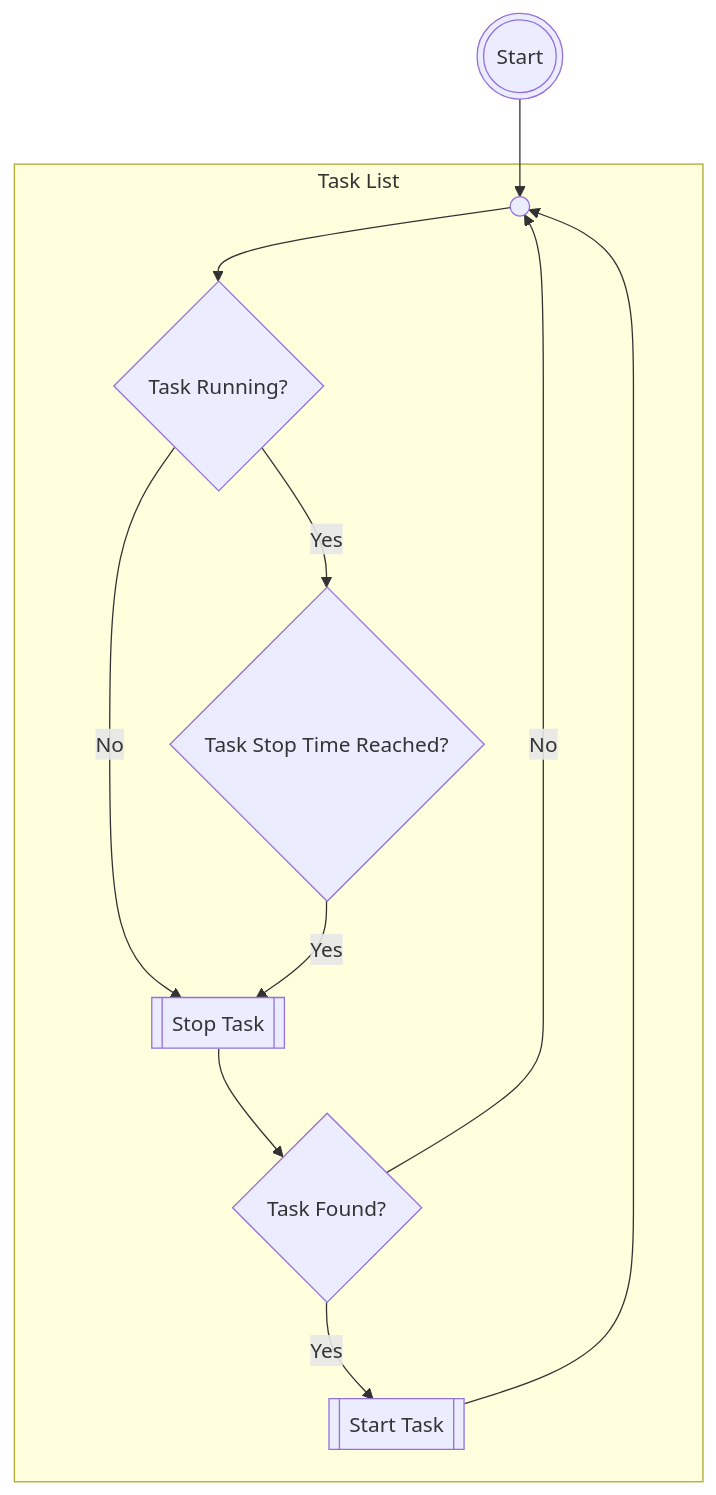
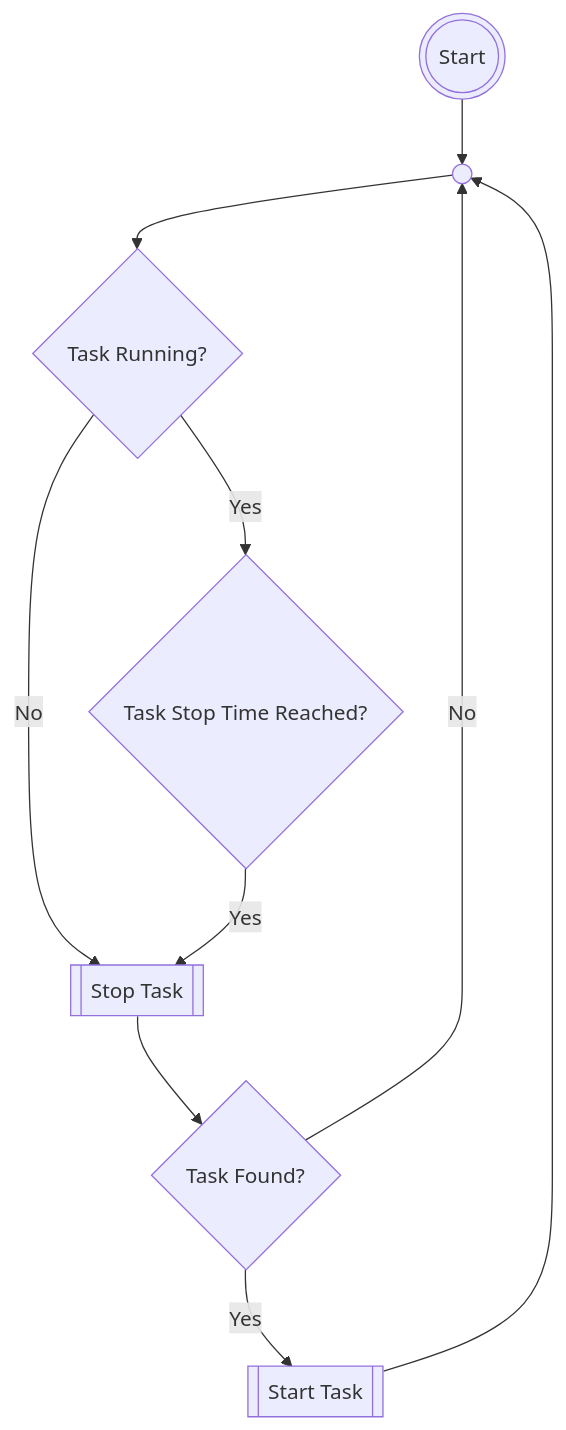
Before and after one commit to mathias-buder/christmas-pyramid-controller: the diagram in README.md, drawn with Mermaid.

Commit message:
Fixed mermaid error

````diff
--- a/README.md
+++ b/README.md
@@ -177,14 +177,12 @@
 ```mermaid
     flowchart TB
       start(((Start))) --> J1(( ))
       J1(( )) --> A{Task Running?}
-      subgraph Task List
         A -->|No| C[[Search in Task List]]
         D -->|Yes| E[[Start Task]]
         D -->|No| J1
         E --> J1
         B -->|Yes| C[[Stop Task]]
-      end
       A -->|Yes| B{Task Stop Time Reached?}
      C --> D{Task Found?}
 ```
````
